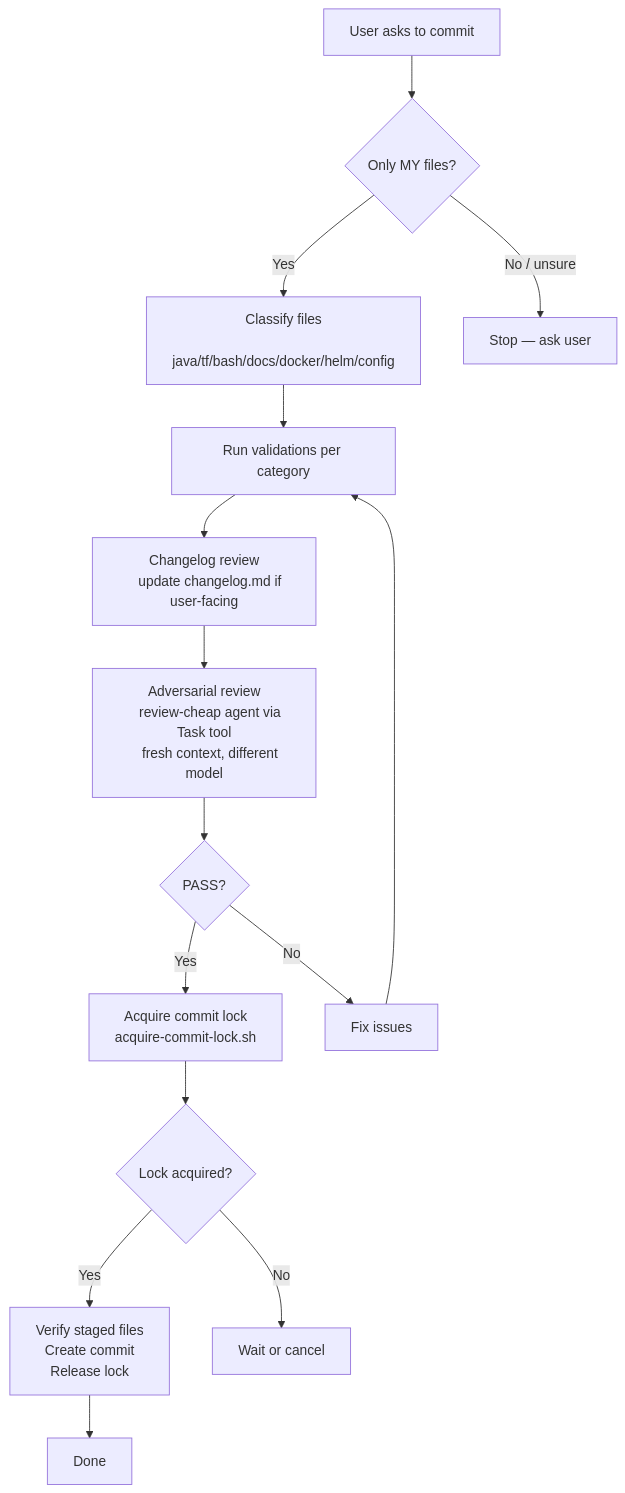
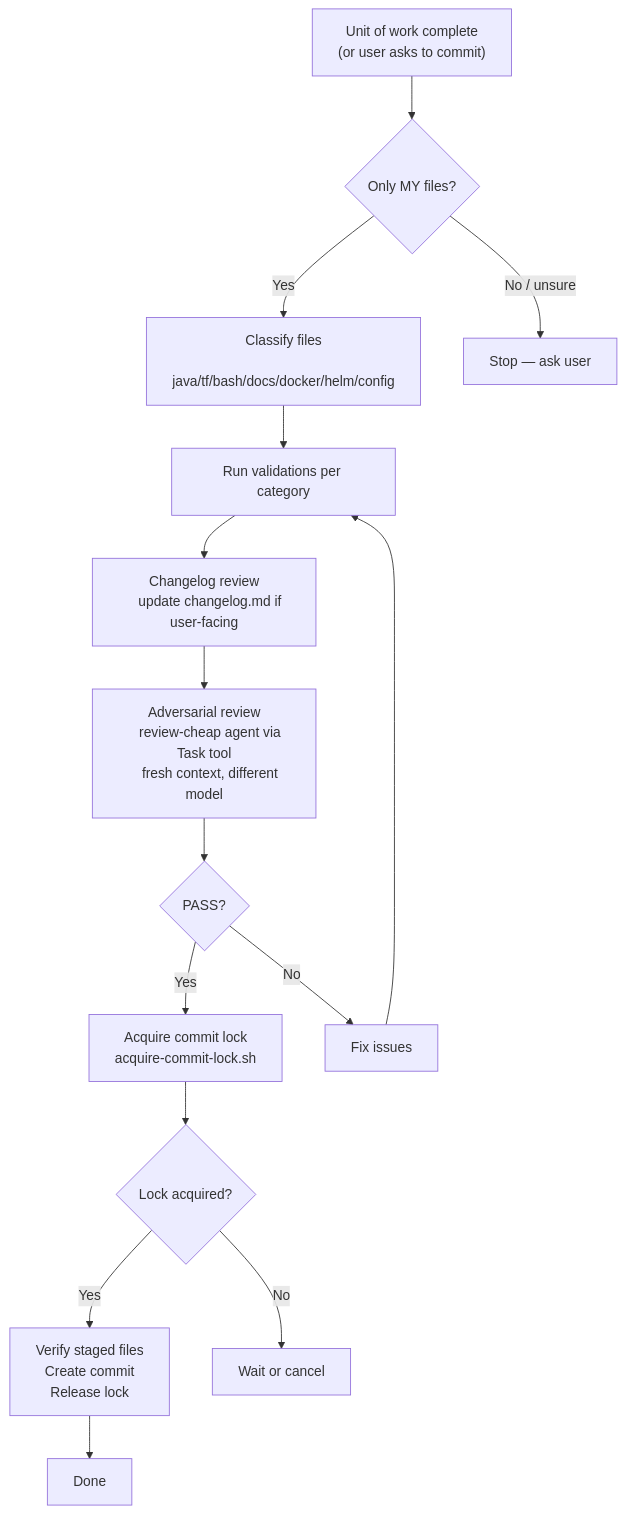
One commit to sean8601/mockserver-monorepo changed the diagram in .opencode/rules/commit-workflow.md. Above: the diagram before and after it, drawn with Mermaid. The commit also changed other lines of this file and 16 other files, not shown here.

````diff
--- a/.opencode/rules/commit-workflow.md
+++ b/.opencode/rules/commit-workflow.md
@@ -204,23 +212,24 @@
 ```mermaid
 flowchart TD
-    A["User asks to commit"] --> B{Only MY files?}
+    A["Unit of work complete
+    (or user asks to commit)"] --> B{Only MY files?}
     B -->|Yes| C["Classify files
     java/tf/bash/docs/docker/helm/config"]
     B -->|No / unsure| STOP["Stop — ask user"]
     C --> D["Run validations per category"]
     D --> CL["Changelog review
     update changelog.md if user-facing"]
     CL --> E["Adversarial review
     review-cheap agent via Task tool
     fresh context, different model"]
     E --> F{PASS?}
     F -->|Yes| G["Acquire commit lock
     acquire-commit-lock.sh"]
     F -->|No| H["Fix issues"] --> D
     G --> I{Lock acquired?}
     I -->|Yes| J["Verify staged files
     Create commit
     Release lock"]
     I -->|No| WAIT["Wait or cancel"]
     J --> DONE["Done"]
 ```
````
